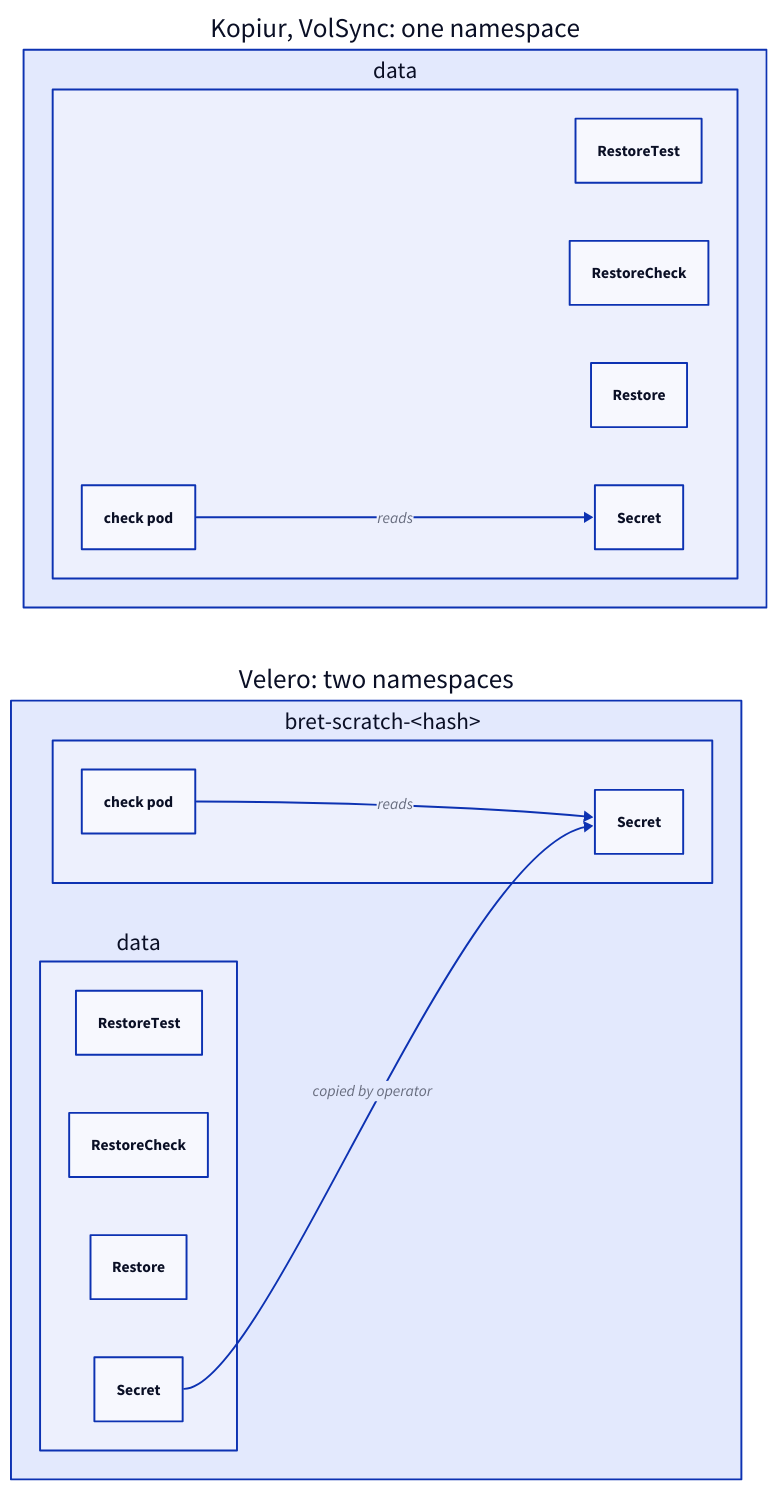
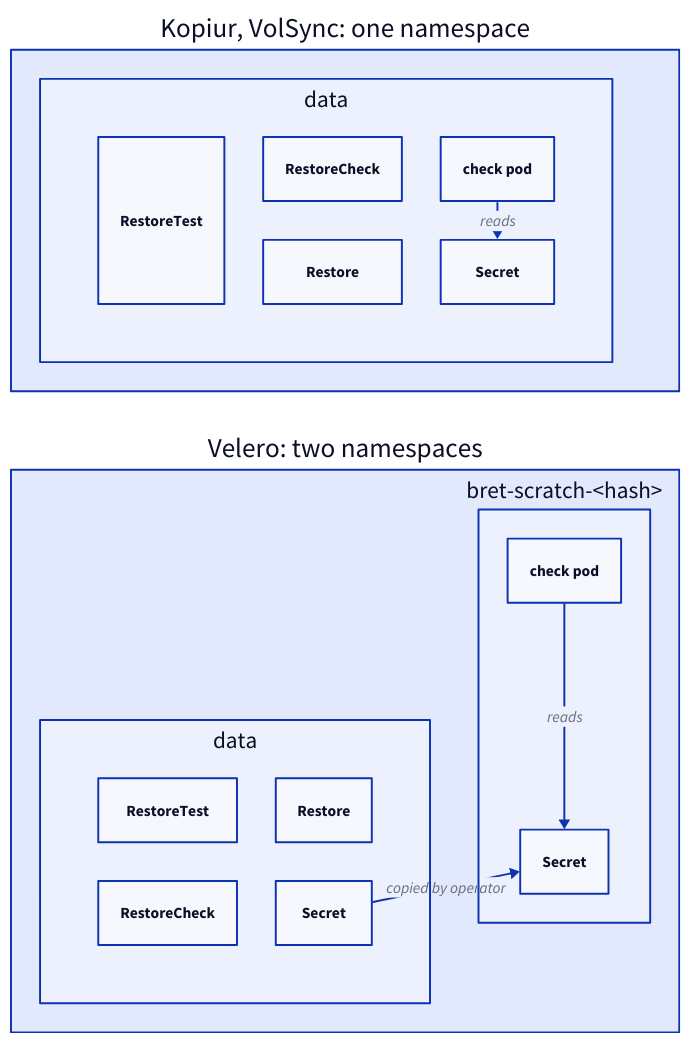
One commit to linogics/bret-operator changed the diagram in docs/src/content/docs/guides/write-a-check.md. Above: the diagram before and after it, drawn with D2. The commit also changed other lines of this file and 17 other files, not shown here.

Commit message:
docs: rewrite concepts around diagrams

````diff
--- a/docs/src/content/docs/guides/write-a-check.md
+++ b/docs/src/content/docs/guides/write-a-check.md
@@ -183,27 +183,30 @@
 ```d2 title="Where the check pod runs and where its Secret must be, per provider"
-direction: right
+grid-columns: 1
 one: "Kopiur, VolSync: one namespace" {
   data: data {
+    grid-columns: 3
     rt: RestoreTest
     rc: RestoreCheck
     r: Restore
     pod: check pod
     secret: Secret
-    pod -> secret: reads
   }
+  data.pod -> data.secret: reads
 }
 two: "Velero: two namespaces" {
+  direction: down
   data: data {
+    grid-columns: 2
     rt: RestoreTest
     rc: RestoreCheck
     r: Restore
     secret: Secret
   }
   scratch: "bret-scratch-<hash>" {
     pod: check pod
     secret: Secret
     pod -> secret: reads
   }
   data.secret -> scratch.secret: copied by operator
 }
 ```
````
